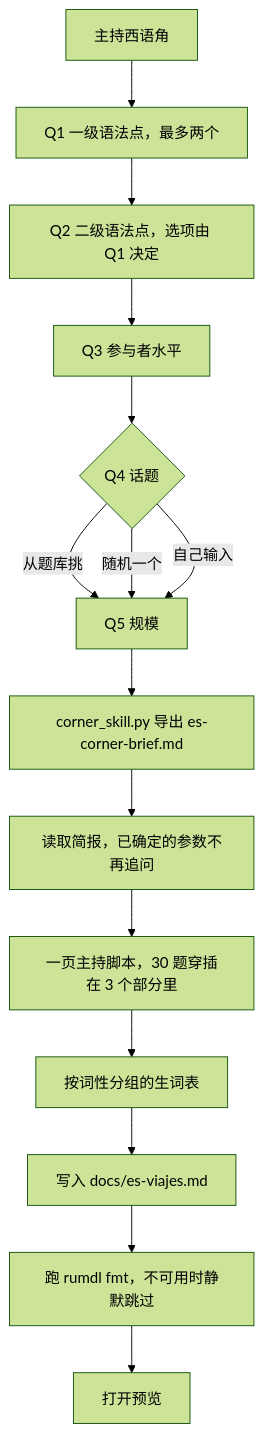
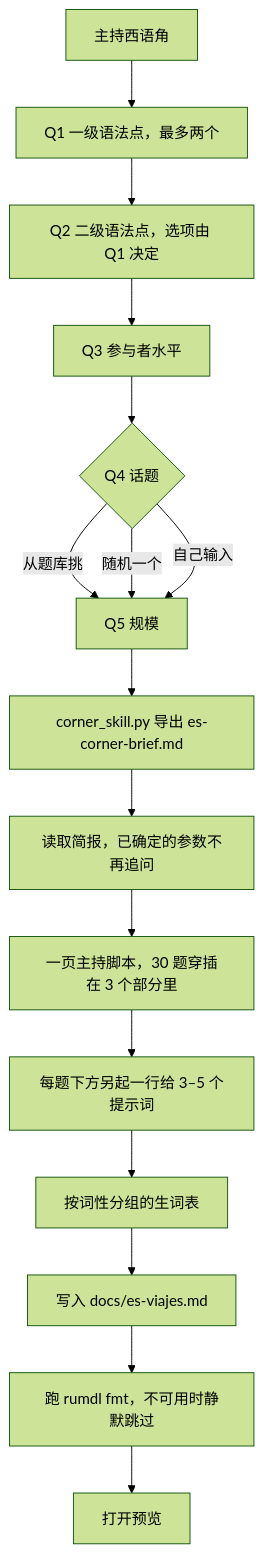
One commit to ivaquero/skills changed the sixth of 10 diagrams in README.md. Above: the diagram before and after it, drawn with Mermaid (forest theme). The commit also changed other lines of this file and 13 other files, not shown here.

````diff
--- a/README.md
+++ b/README.md
@@ -451,17 +452,18 @@
 ```mermaid
 flowchart TD
     A["主持西语角"] --> Q1["Q1 一级语法点，最多两个"]
     Q1 --> Q2["Q2 二级语法点，选项由 Q1 决定"]
     Q2 --> Q3["Q3 参与者水平"]
     Q3 --> Q4{"Q4 话题"}
     Q4 -->|从题库挑| Q5
     Q4 -->|随机一个| Q5
     Q4 -->|自己输入| Q5
     Q5["Q5 规模"] --> B["corner_skill.py 导出 es-corner-brief.md"]
     B --> C["读取简报，已确定的参数不再追问"]
     C --> D["一页主持脚本，30 题穿插在 3 个部分里"]
-    D --> E["按词性分组的生词表"]
-    E --> F["写入 docs/es-viajes.md"]
-    F --> G["跑 rumdl fmt，不可用时静默跳过"]
-    G --> H["打开预览"]
+    D --> E["每题下方另起一行给 3–5 个提示词"]
+    E --> F["按词性分组的生词表"]
+    F --> G["写入 docs/es-viajes.md"]
+    G --> H["跑 rumdl fmt，不可用时静默跳过"]
+    H --> I["打开预览"]
 ```
````
